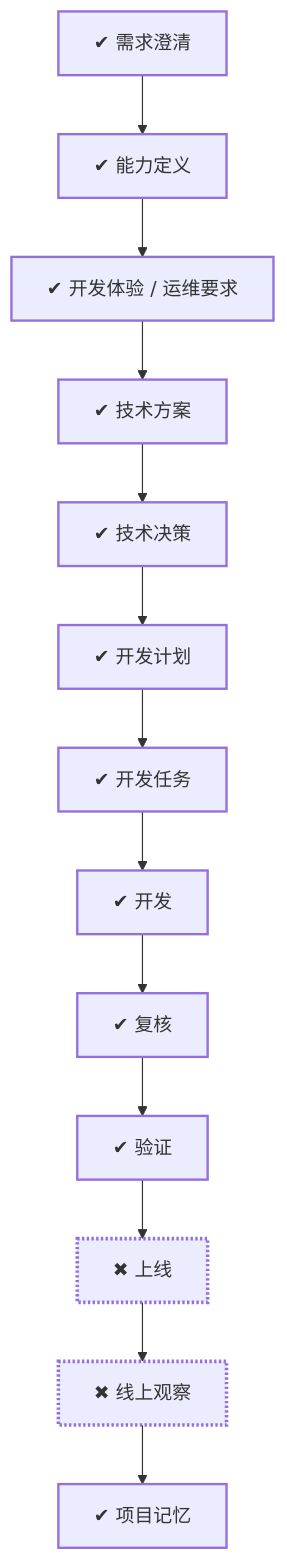
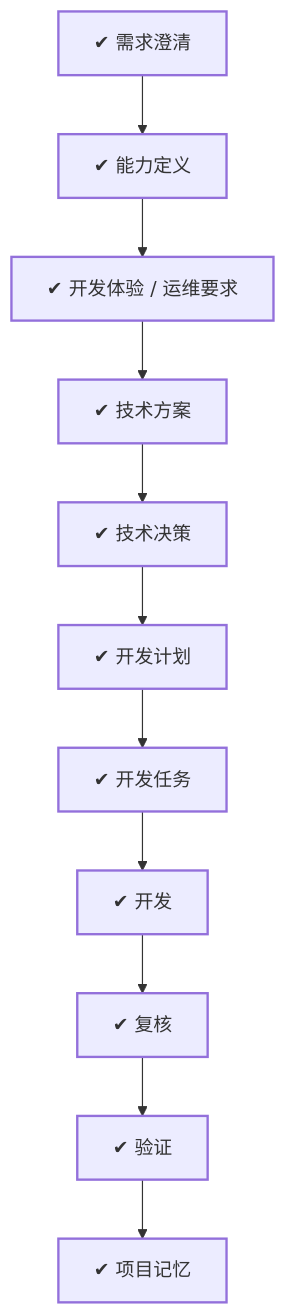
The diagram in development/works/WORK-009/00-work.md (charon2121/cherry-oj), drawn with Mermaid before and after one commit. The commit also changed other lines of this file and 85 other files, not shown here.

````diff
--- a/development/works/WORK-009/00-work.md
+++ b/development/works/WORK-009/00-work.md
@@ -37,23 +37,20 @@
 ```mermaid
 flowchart TD
     clarify["✔ 需求澄清"]
     definition["✔ 能力定义"]
     experience["✔ 开发体验 / 运维要求"]
     design["✔ 技术方案"]
     decision["✔ 技术决策"]
     plan["✔ 开发计划"]
     tasks["✔ 开发任务"]
     development["✔ 开发"]
     review["✔ 复核"]
     verification["✔ 验证"]
-    release["✖ 上线"]
-    observe["✖ 线上观察"]
     memory["✔ 项目记忆"]
-    clarify --> definition --> experience --> design --> decision --> plan --> tasks --> development --> review --> verification --> release --> observe --> memory
+    clarify --> definition --> experience --> design --> decision --> plan --> tasks --> development --> review --> verification --> memory
     classDef done stroke-width:2px
     classDef doing stroke-width:3px
     classDef skipped stroke-dasharray:4 3
     classDef blocked stroke-width:3px,stroke-dasharray:2 2
     class clarify,definition,experience,design,decision,plan,tasks,development,review,verification,memory done
-    class release,observe blocked
 ```
````
